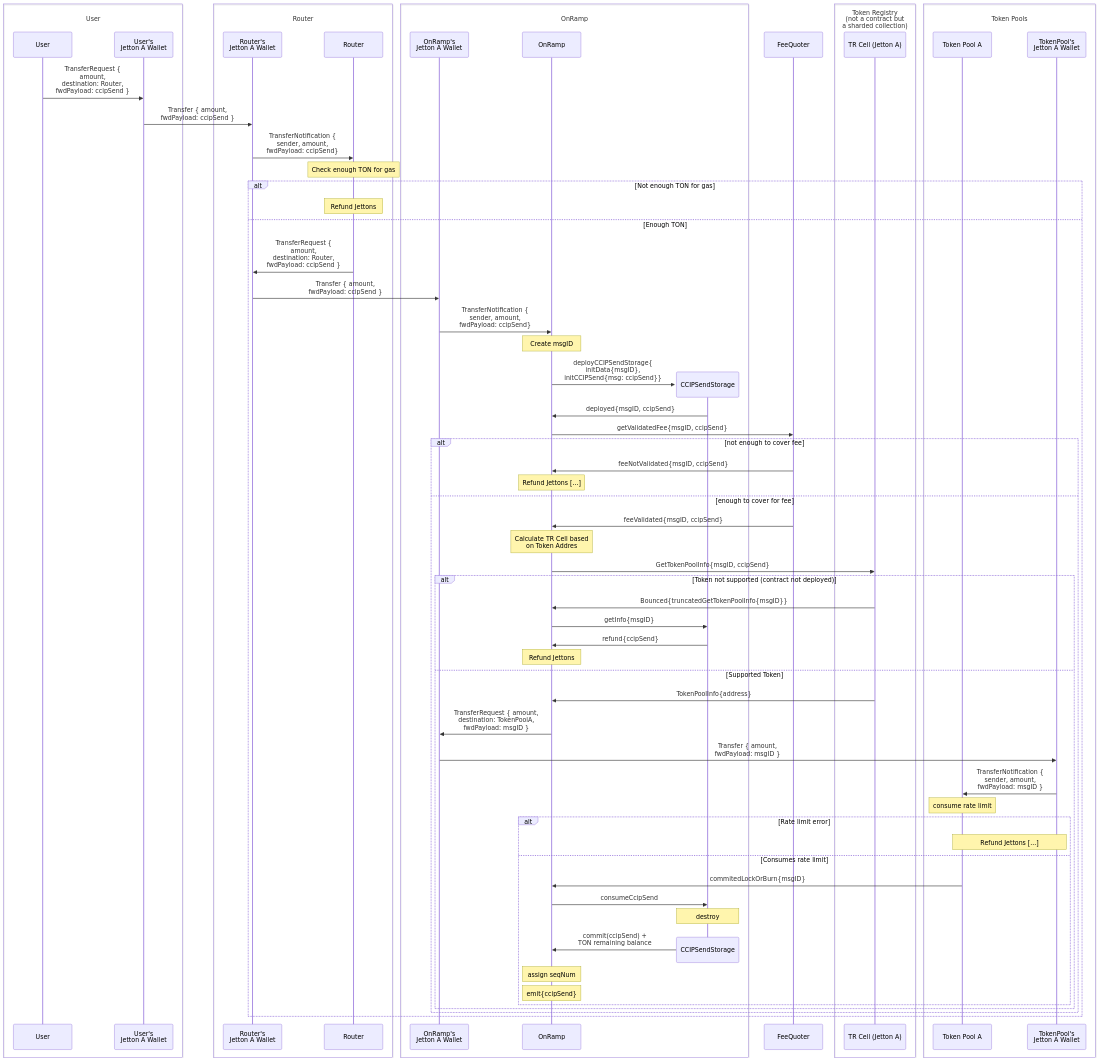
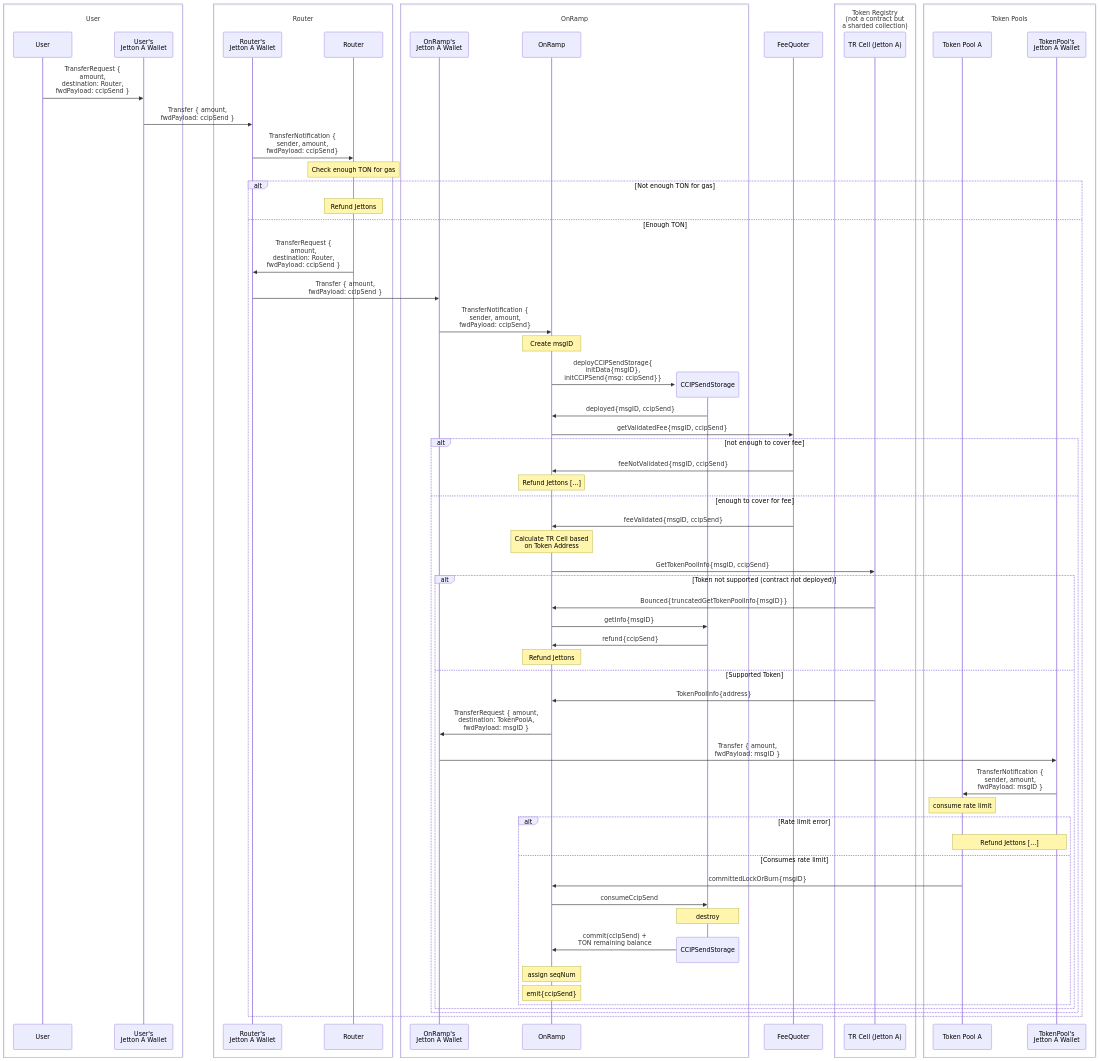
One commit to smartcontractkit/chainlink-ton changed the diagram in docs/contracts/flow.md. Above: the diagram before and after it, drawn with Mermaid.

```diff
--- a/docs/contracts/flow.md
+++ b/docs/contracts/flow.md
@@ -66,7 +66,7 @@
 
     else enough to cover for fee
     FQ ->> OR: feeValidated{msgID, ccipSend}
-    Note over OR: Calculate TR Cell based<br>on Token Addres
+    Note over OR: Calculate TR Cell based<br>on Token Address
 
     OR ->> TRC: GetTokenPoolInfo{msgID, ccipSend}
 
@@ -87,7 +87,7 @@
     Note over TP, TPJW: Refund Jettons [...]
 
     else Consumes rate limit
-    TP ->> OR: commitedLockOrBurn{msgID} 
+    TP ->> OR: committedLockOrBurn{msgID} 
     OR ->> CS: consumeCcipSend 
     Note over CS: destroy
     destroy CS
```
